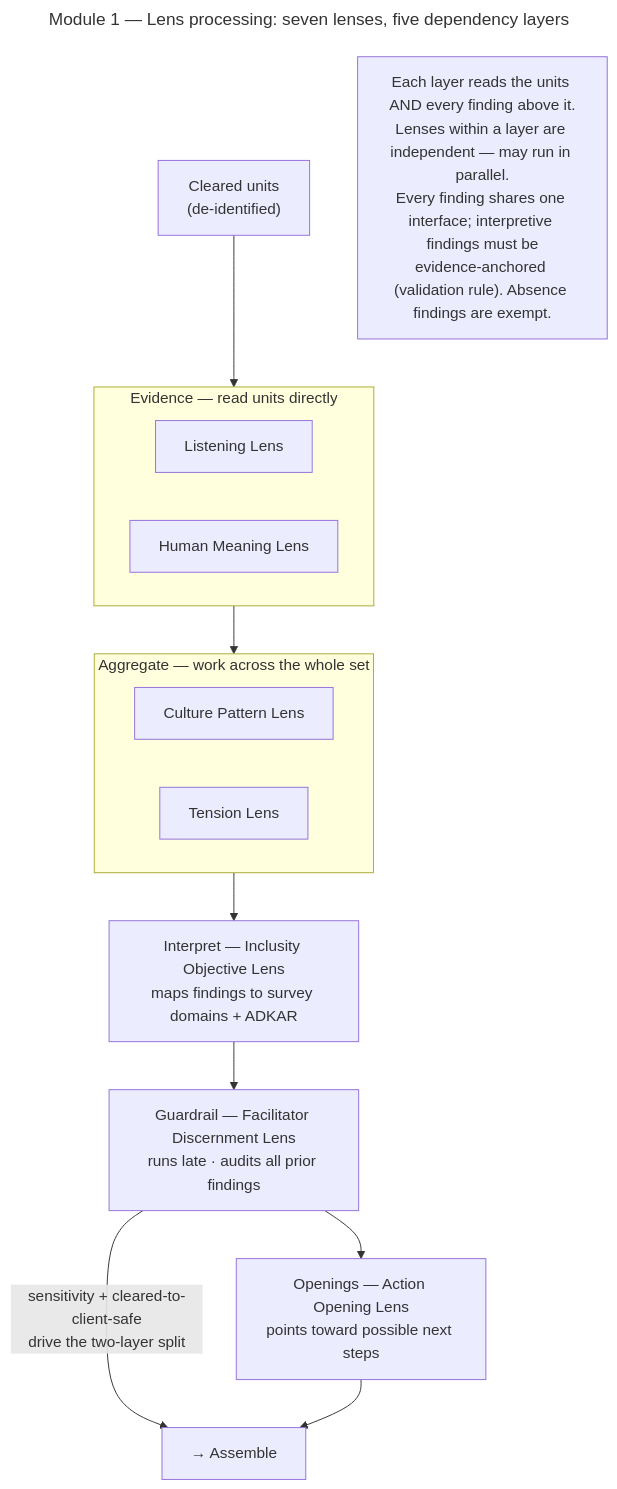
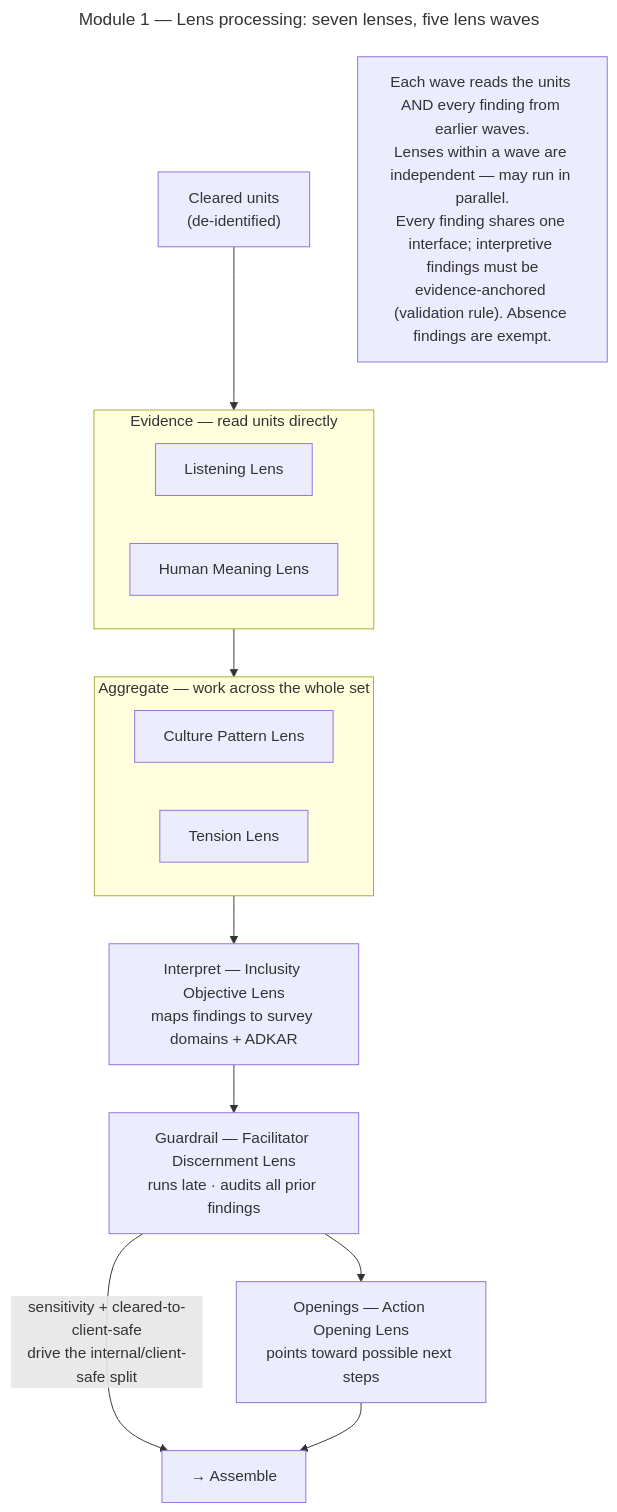
One commit to dkent600/HumanLens changed the second of 3 diagrams in docs/build_approach.md. Above: the diagram before and after it, drawn with Mermaid. The commit also changed other lines of this file and 1 other file, not shown here.

````diff
--- a/docs/build_approach.md
+++ b/docs/build_approach.md
@@ -819,29 +822,29 @@
 ```mermaid
 ---
-title: "Module 1 — Lens processing: seven lenses, five dependency layers"
+title: "Module 1 — Lens processing: seven lenses, five lens waves"
 ---
 flowchart TD
     U["Cleared units<br/>(de-identified)"]
 
     subgraph L1["Evidence — read units directly"]
         direction LR
         LIS["Listening Lens"]
         HM["Human Meaning Lens"]
     end
 
     subgraph L2["Aggregate — work across the whole set"]
         direction LR
         CP["Culture Pattern Lens"]
         TEN["Tension Lens"]
     end
 
     L3["Interpret — Inclusity Objective Lens<br/>maps findings to survey domains + ADKAR"]
     L4["Guardrail — Facilitator Discernment Lens<br/>runs late · audits all prior findings"]
     L5["Openings — Action Opening Lens<br/>points toward possible next steps"]
 
     U --> L1 --> L2 --> L3 --> L4 --> L5
-    L4 -->|"sensitivity + cleared-to-client-safe<br/>drive the two-layer split"| OUT["→ Assemble"]
+    L4 -->|"sensitivity + cleared-to-client-safe<br/>drive the internal/client-safe split"| OUT["→ Assemble"]
     L5 --> OUT
 
-    NOTE["Each layer reads the units AND every finding above it.<br/>Lenses within a layer are independent — may run in parallel.<br/>Every finding shares one interface; interpretive findings must be<br/>evidence-anchored (validation rule). Absence findings are exempt."]
+    NOTE["Each wave reads the units AND every finding from earlier waves.<br/>Lenses within a wave are independent — may run in parallel.<br/>Every finding shares one interface; interpretive findings must be<br/>evidence-anchored (validation rule). Absence findings are exempt."]
 ```
````
